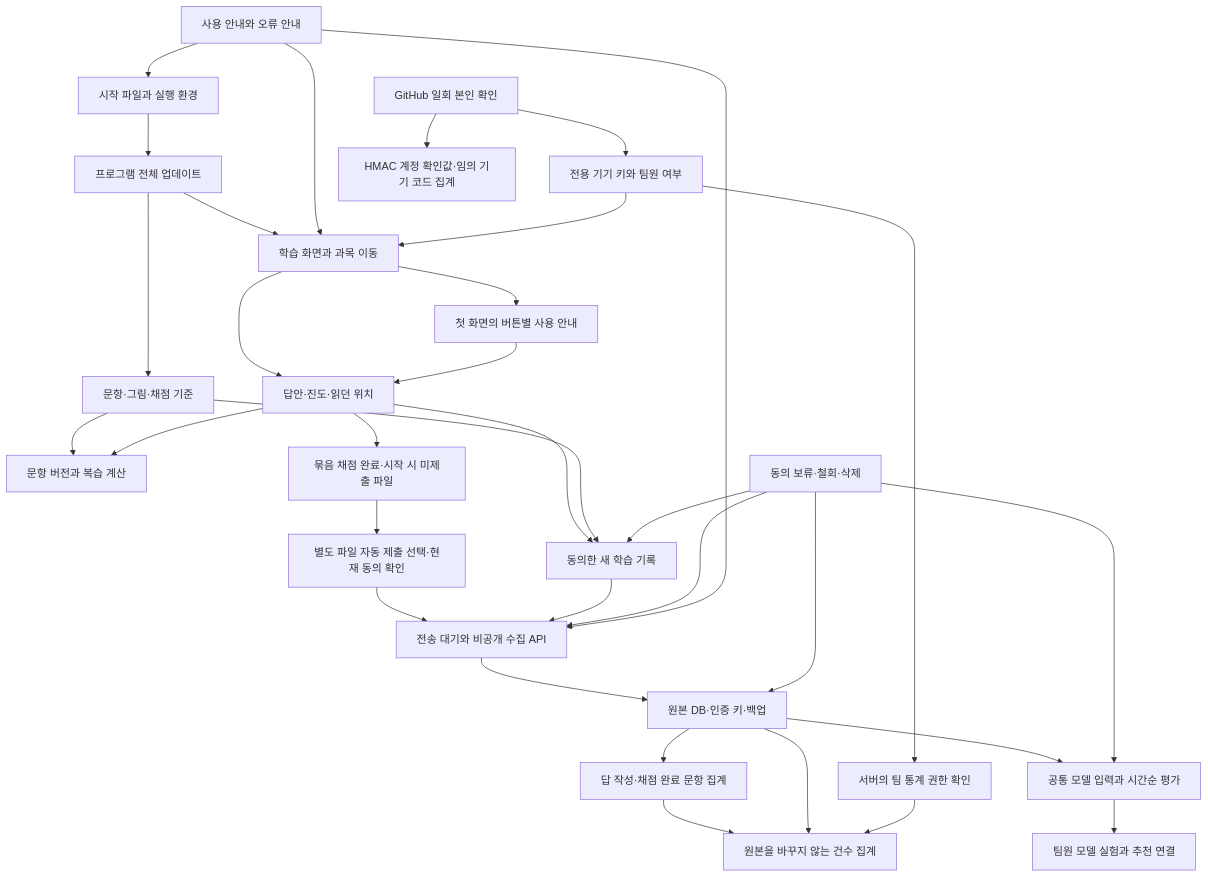
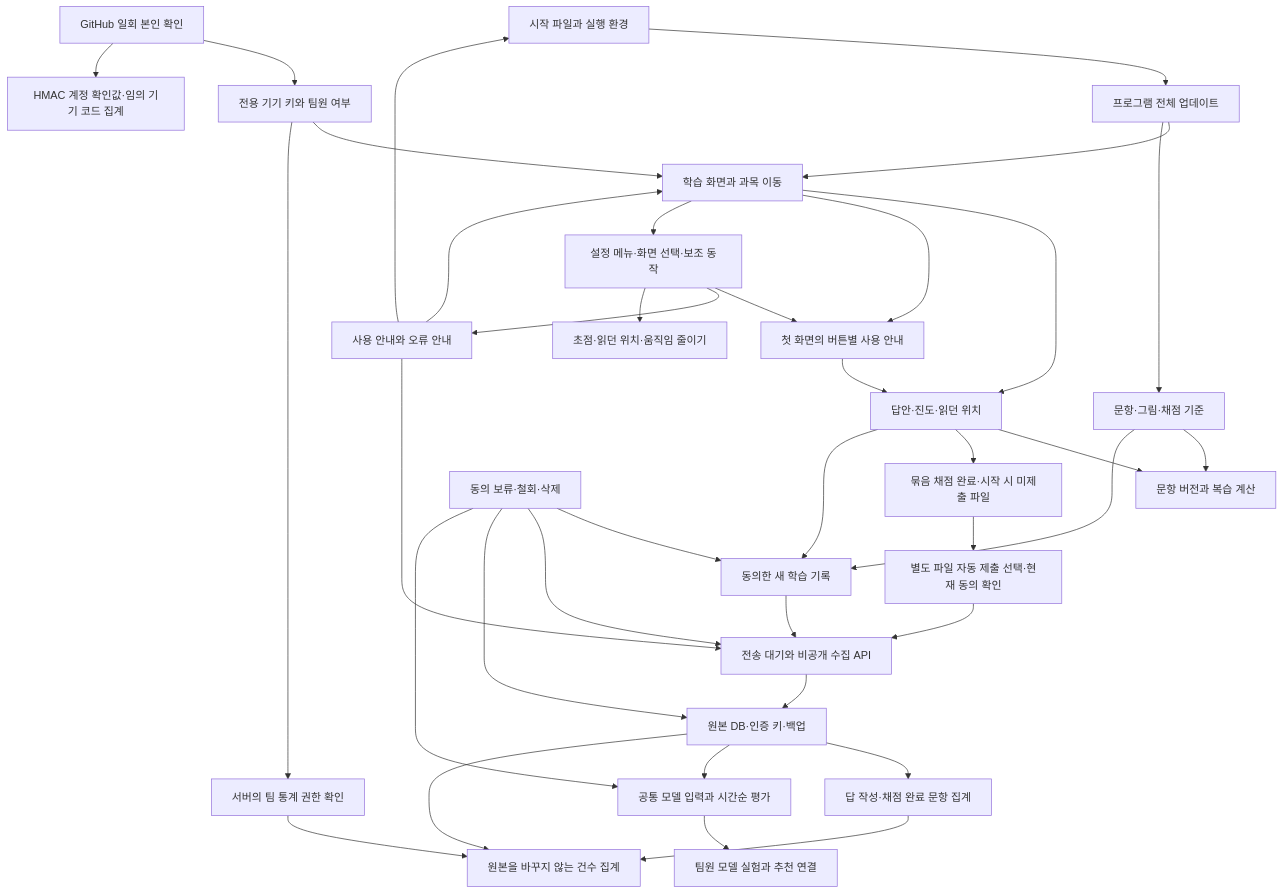
Before and after one commit to WaterMinCho/programming-study: the diagram in docs/CHANGE_IMPACT.md, drawn with Mermaid. The commit also changed other lines of this file and 62 other files, not shown here.

````diff
--- a/docs/CHANGE_IMPACT.md
+++ b/docs/CHANGE_IMPACT.md
@@ -5,35 +5,39 @@
 ```mermaid
 flowchart TD
     A[시작 파일과 실행 환경] --> B[프로그램 전체 업데이트]
     B --> C[학습 화면과 과목 이동]
     B --> D[문항·그림·채점 기준]
     C --> E[답안·진도·읽던 위치]
     D --> F[문항 버전과 복습 계산]
     E --> F
     E --> T[묶음 채점 완료·시작 시 미제출 파일]
     T --> U[별도 파일 자동 제출 선택·현재 동의 확인]
     U --> H
     E --> G[동의한 새 학습 기록]
     D --> G
     G --> H[전송 대기와 비공개 수집 API]
     H --> I[원본 DB·인증 키·백업]
     I --> V[답 작성·채점 완료 문항 집계]
     V --> Q
     I --> J[공통 모델 입력과 시간순 평가]
     J --> K[팀원 모델 실험과 추천 연결]
     L[동의 보류·철회·삭제] --> G
     L --> H
     L --> I
     L --> J
     M[사용 안내와 오류 안내] --> A
     M --> C
     M --> H
     N[GitHub 일회 본인 확인] --> O[전용 기기 키와 팀원 여부]
     N --> R[HMAC 계정 확인값·임의 기기 코드 집계]
     O --> C
     C --> S[첫 화면의 버튼별 사용 안내]
     S --> E
+    C --> W[설정 메뉴·화면 선택·보조 동작]
+    W --> S
+    W --> M
+    W --> X[초점·읽던 위치·움직임 줄이기]
     O --> P[서버의 팀 통계 권한 확인]
     I --> Q[원본을 바꾸지 않는 건수 집계]
     P --> Q
 ```
````
